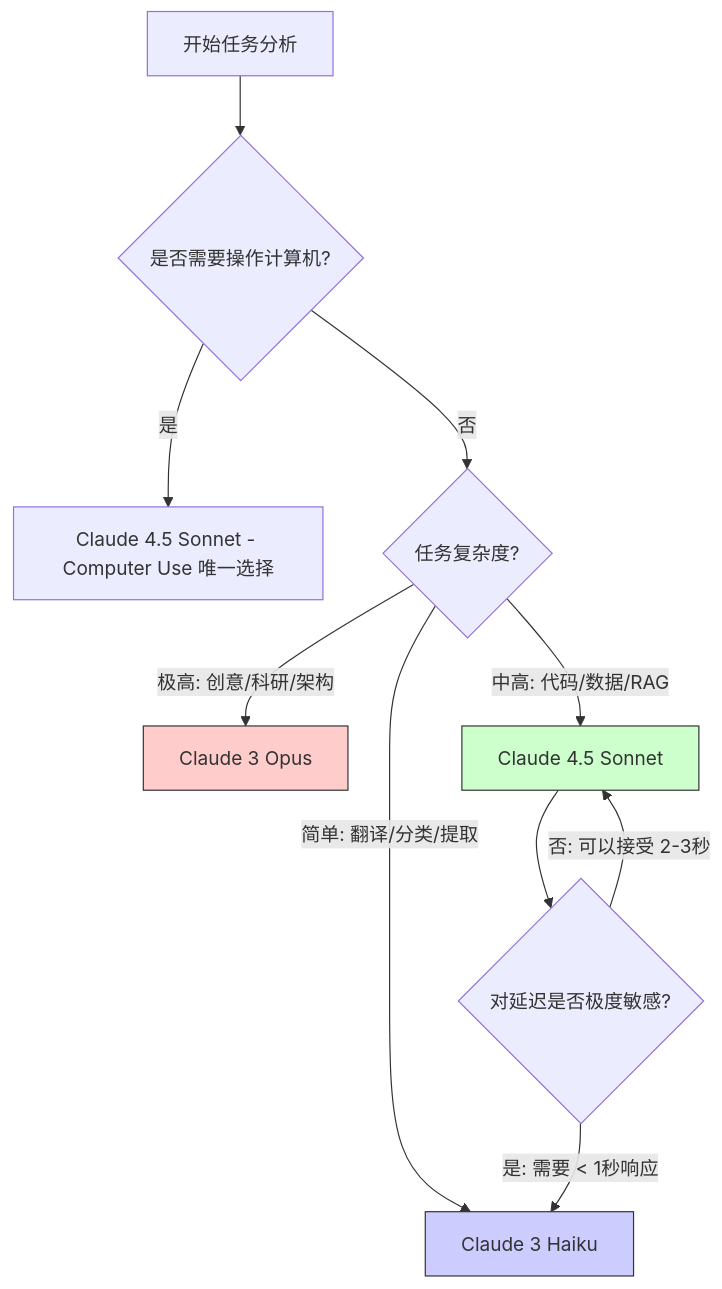
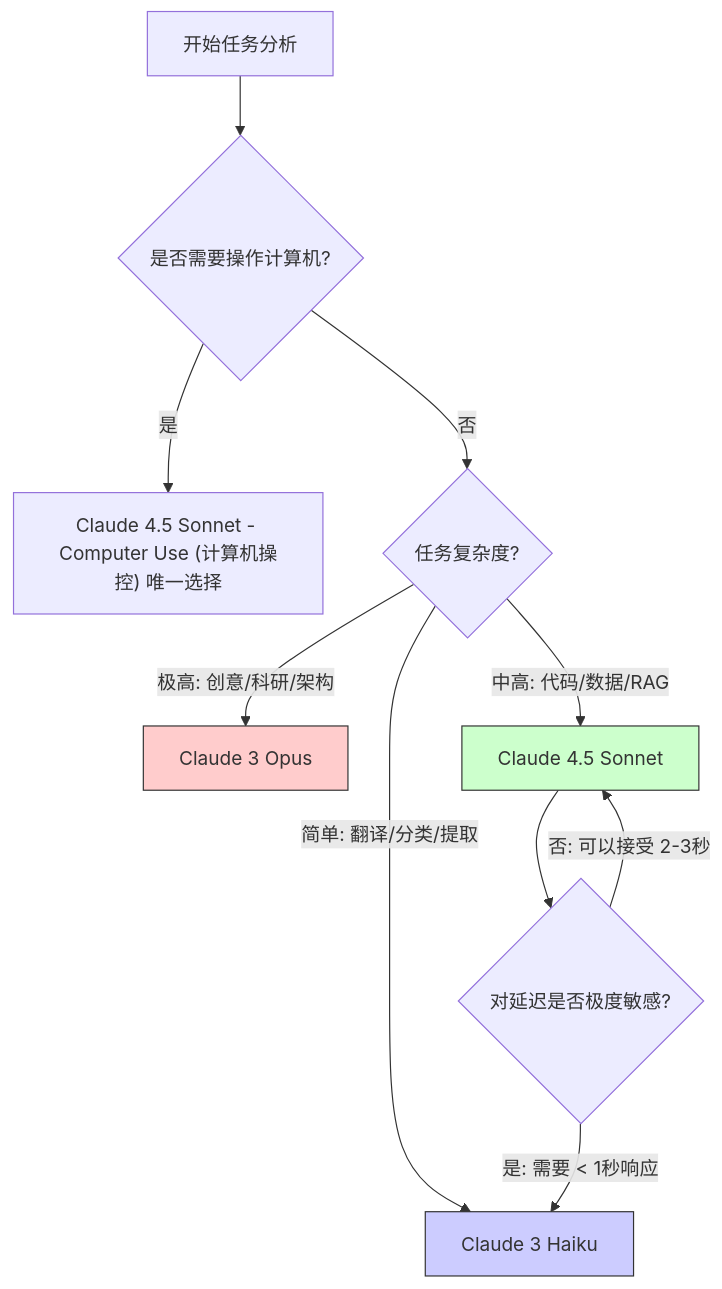
The diagram in 01_intro/1.4_model_selection.md (azaleta/claude_guide), drawn with Mermaid before and after one commit. The commit also changed other lines of this file and 31 other files, not shown here.

Commit message:
Use double quote in mermaid

````diff
--- a/01_intro/1.4_model_selection.md
+++ b/01_intro/1.4_model_selection.md
@@ -17,18 +17,18 @@
 ```mermaid
 graph TD
     Start[开始任务分析] --> Q1{是否需要操作计算机?}
-    Q1 -- 是 --> OpCS["Claude 4.5 Sonnet - Computer Use 唯一选择"]
+    Q1 -- 是 --> OpCS["Claude 4.5 Sonnet - Computer Use (计算机操控) 唯一选择"]
     Q1 -- 否 --> Q2{任务复杂度?}
     
     Q2 -- "极高: 创意/科研/架构" --> Opus[Claude 3 Opus]
     Q2 -- "中高: 代码/数据/RAG" --> Sonnet[Claude 4.5 Sonnet]
     Q2 -- "简单: 翻译/分类/提取" --> Haiku[Claude 3 Haiku]
     
     Sonnet --> Q3{对延迟是否极度敏感?}
     Q3 -- "是: 需要 < 1秒响应" --> Haiku
     Q3 -- "否: 可以接受 2-3秒" --> Sonnet
     
     style Opus fill:#ffcccc,stroke:#333
     style Sonnet fill:#ccffcc,stroke:#333
     style Haiku fill:#ccccff,stroke:#333
 ```
````
